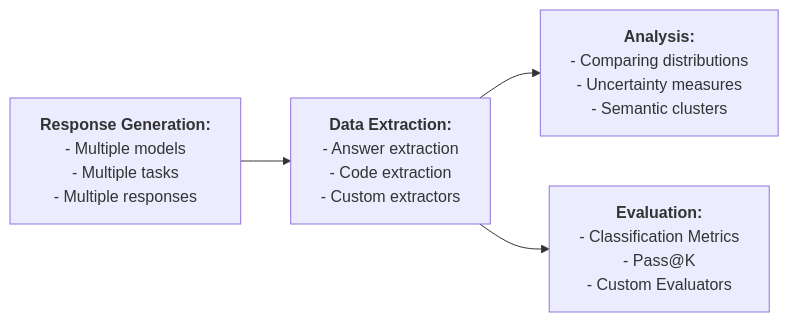
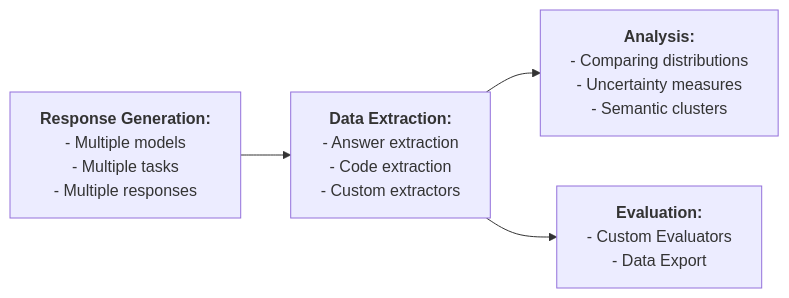
The diagram in README.md (msv-lab/llm-play), drawn with Mermaid before and after one commit. The commit also changed other lines of this file and 1 other file, not shown here.

````diff
--- a/README.md
+++ b/README.md
@@ -5,18 +5,17 @@
 ```mermaid
 flowchart LR
     A["`**Response Generation:**
     - Multiple models
     - Multiple tasks
     - Multiple responses`"] --> B["`**Data Extraction:**
     - Answer extraction
     - Code extraction
     - Custom extractors`"]
     B --> C["`**Analysis:**
     - Comparing distributions
     - Uncertainty measures
     - Semantic clusters`"]
     B --> D["`**Evaluation:**
-    - Classification Metrics
-    - Pass@K
-    - Custom Evaluators`"]
+    - Custom Evaluators
+    - Data Export`"]
 ```
````
